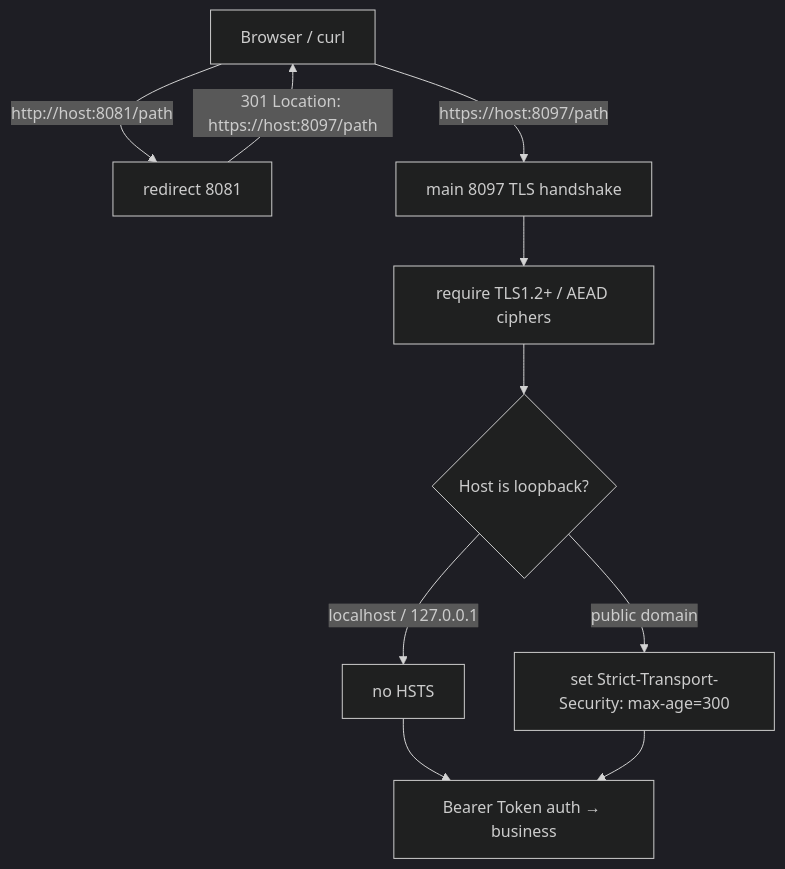
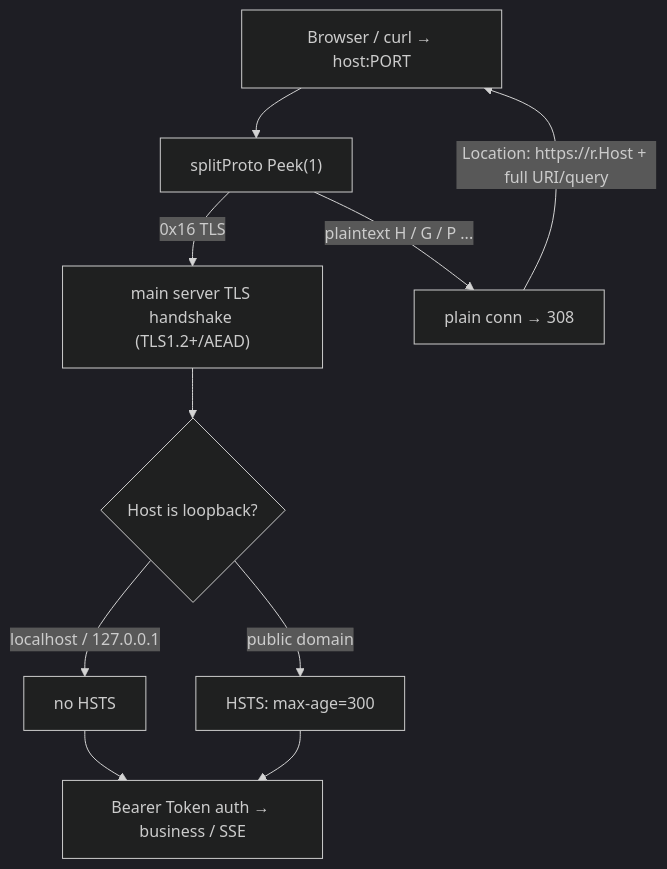
One commit to skyelan1999/aide changed the diagram in docs/en/security/tls.md. Above: the diagram before and after it, drawn with Mermaid (dark theme). The commit also changed other lines of this file and 155 other files, not shown here.

````diff
--- a/docs/en/security/tls.md
+++ b/docs/en/security/tls.md
@@ -51,12 +71,12 @@
 ```mermaid
 flowchart TD
-    A["Browser / curl"] -->|http://host:8081/path| B["redirect 8081"]
-    B -->|301 Location: https://host:8097/path| A
-    A -->|https://host:8097/path| C["main 8097 TLS handshake"]
-    C --> D["require TLS1.2+ / AEAD ciphers"]
-    D --> E{"Host is loopback?"}
+    A["Browser / curl → host:PORT"] --> B["splitProto Peek(1)"]
+    B -->|0x16 TLS| C["main server TLS handshake (TLS1.2+/AEAD)"]
+    B -->|plaintext H / G / P ...| D["plain conn → 308"]
+    D -->|Location: https://r.Host + full URI/query| A
+    C --> E{"Host is loopback?"}
     E -- "localhost / 127.0.0.1" --> F["no HSTS"]
-    E -- "public domain" --> G["set Strict-Transport-Security: max-age=300"]
-    F --> H["Bearer Token auth → business"]
+    E -- "public domain" --> G["HSTS: max-age=300"]
+    F --> H["Bearer Token auth → business / SSE"]
     G --> H
 ```
````
